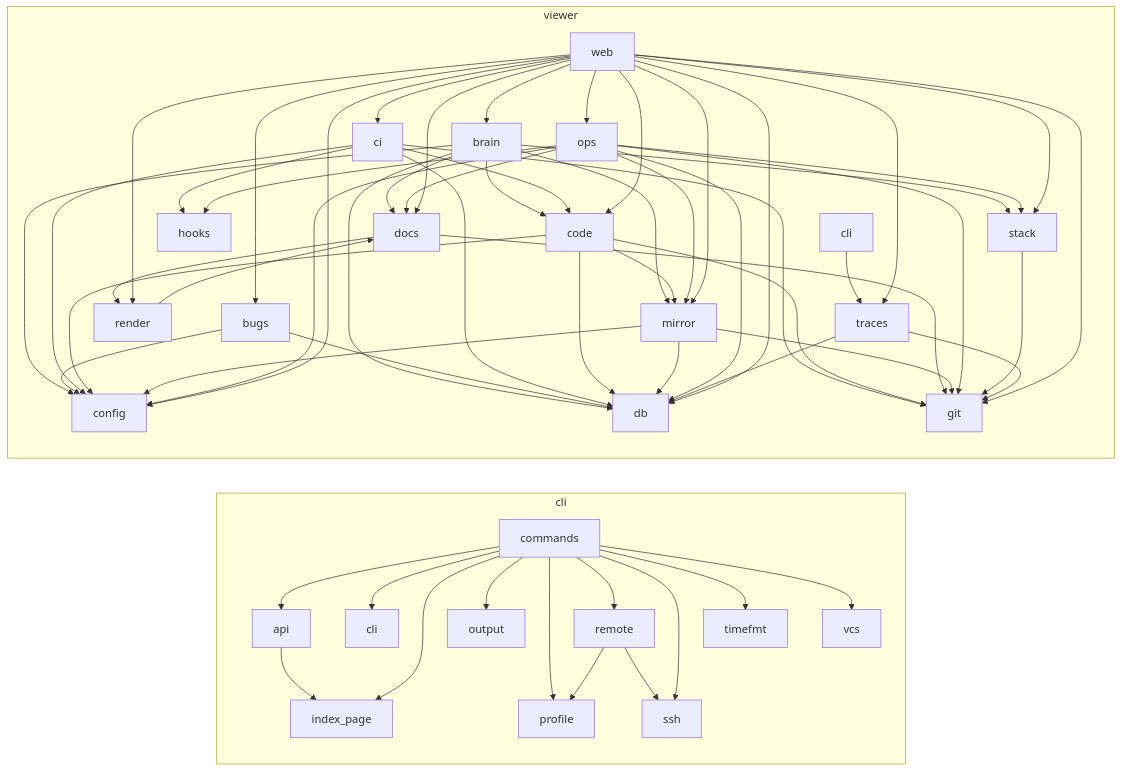
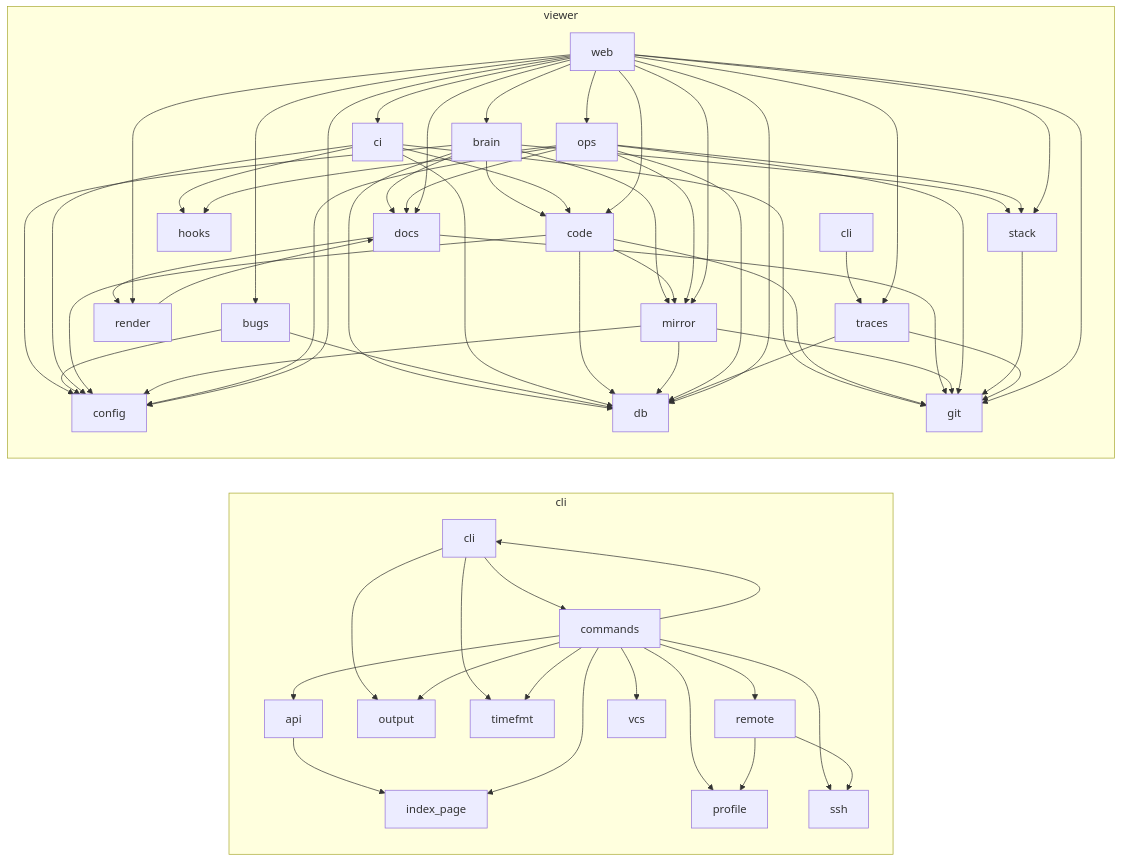
The second of 2 diagrams in ARCHITECTURE.md (matthiasdebernardini/nashcode), drawn with Mermaid before and after one commit. The commit also changed 2 other files, not shown here.

Commit message:
SPEC: bugs — the public ingester moves up to phase 3; ingestion scales from day one
All agent output, app logs, and errors flow through the celld edge (one
buffer cell per project, bucket-durable); the viewer's digest stays the
single writer behind it. Pushover/context-capture become phase 4, crons
and the nac-bugs cutover phase 5.

Claude-Session: https://claude.ai/code/session_01TCnJGQopycHM3sxJJ9qN7m

```diff
--- a/ARCHITECTURE.md
+++ b/ARCHITECTURE.md
@@ -52,6 +52,9 @@
     cli_vcs[vcs]
   end
   cli_api --> cli_index_page
+  cli_cli --> cli_commands
+  cli_cli --> cli_output
+  cli_cli --> cli_timefmt
   cli_commands --> cli_api
   cli_commands --> cli_cli
   cli_commands --> cli_index_page
```
